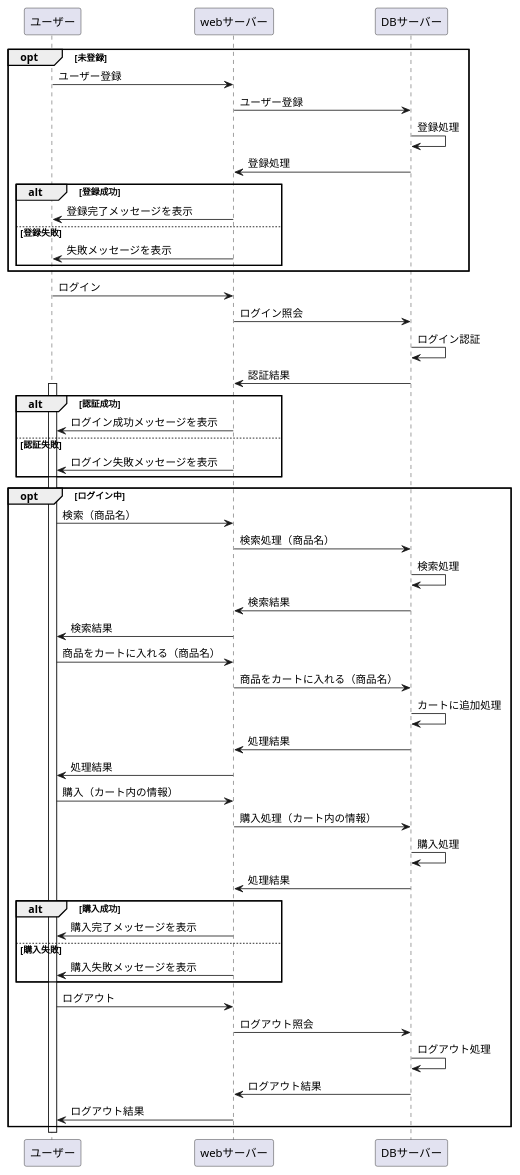
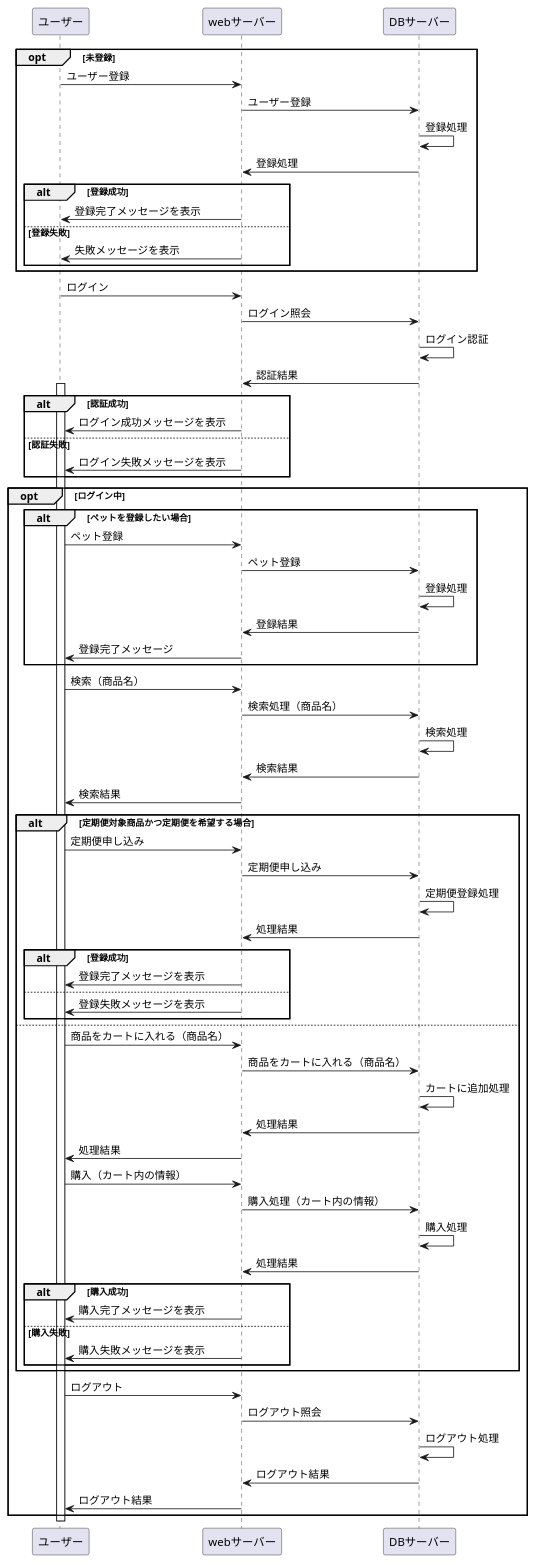
One commit to Aso2001025/2021-sys-design changed the diagram in gyoumuhuro.md. Above: the diagram before and after it, drawn with PlantUML.

````diff
--- a/gyoumuhuro.md
+++ b/gyoumuhuro.md
@@ -1,60 +1,81 @@
 ```uml
   @startuml
     opt 未登録
       ユーザー -> webサーバー: ユーザー登録
       webサーバー -> DBサーバー: ユーザー登録
       DBサーバー -> DBサーバー: 登録処理
       DBサーバー -> webサーバー: 登録処理
        alt 登録成功
         webサーバー -> ユーザー: 登録完了メッセージを表示
       else 登録失敗
         webサーバー -> ユーザー: 失敗メッセージを表示
       end
     end
       ユーザー -> webサーバー: ログイン
       webサーバー -> DBサーバー: ログイン照会
       DBサーバー -> DBサーバー: ログイン認証
       DBサーバー -> webサーバー: 認証結果
       activate ユーザー
       alt 認証成功
         webサーバー -> ユーザー: ログイン成功メッセージを表示
       else 認証失敗
         webサーバー -> ユーザー: ログイン失敗メッセージを表示
       end
      
      
     
     opt ログイン中
+    
+      alt ペットを登録したい場合
+        ユーザー -> webサーバー: ペット登録
+        webサーバー -> DBサーバー: ペット登録
+        DBサーバー -> DBサーバー: 登録処理
+        DBサーバー -> webサーバー: 登録結果
+        webサーバー -> ユーザー: 登録完了メッセージ
+      end
+      
       ユーザー -> webサーバー: 検索（商品名）
       webサーバー -> DBサーバー: 検索処理（商品名）
       DBサーバー -> DBサーバー: 検索処理
       DBサーバー -> webサーバー: 検索結果
       webサーバー -> ユーザー: 検索結果
       
-      ユーザー -> webサーバー: 商品をカートに入れる（商品名）
-      webサーバー -> DBサーバー: 商品をカートに入れる（商品名）
-      DBサーバー -> DBサーバー: カートに追加処理
-      DBサーバー -> webサーバー: 処理結果
-      webサーバー -> ユーザー: 処理結果
+      alt 定期便対象商品かつ定期便を希望する場合
+        ユーザー -> webサーバー: 定期便申し込み
+        webサーバー -> DBサーバー: 定期便申し込み
+        DBサーバー -> DBサーバー: 定期便登録処理
+        DBサーバー -> webサーバー: 処理結果
+        alt 登録成功
+          webサーバー -> ユーザー: 登録完了メッセージを表示
+        else
+          webサーバー -> ユーザー: 登録失敗メッセージを表示
+        end
+      else
+        ユーザー -> webサーバー: 商品をカートに入れる（商品名）
+        webサーバー -> DBサーバー: 商品をカートに入れる（商品名）
+        DBサーバー -> DBサーバー: カートに追加処理
+        DBサーバー -> webサーバー: 処理結果
+        webサーバー -> ユーザー: 処理結果
       
-      ユーザー -> webサーバー: 購入（カート内の情報）
-      webサーバー -> DBサーバー: 購入処理（カート内の情報）
-      DBサーバー -> DBサーバー: 購入処理
-      DBサーバー -> webサーバー: 処理結果
-      alt 購入成功
-        webサーバー -> ユーザー: 購入完了メッセージを表示
-      else 購入失敗
-        webサーバー -> ユーザー: 購入失敗メッセージを表示
+        ユーザー -> webサーバー: 購入（カート内の情報）
+        webサーバー -> DBサーバー: 購入処理（カート内の情報）
+        DBサーバー -> DBサーバー: 購入処理
+        DBサーバー -> webサーバー: 処理結果
+        alt 購入成功
+          webサーバー -> ユーザー: 購入完了メッセージを表示
+        else 購入失敗
+          webサーバー -> ユーザー: 購入失敗メッセージを表示
+       end
       end
       
       ユーザー -> webサーバー: ログアウト
       webサーバー -> DBサーバー: ログアウト照会
       DBサーバー -> DBサーバー: ログアウト処理
       DBサーバー -> webサーバー: ログアウト結果
       webサーバー -> ユーザー: ログアウト結果
     end
     
     deactivate ユーザー
     
   @enduml
 ```
````
